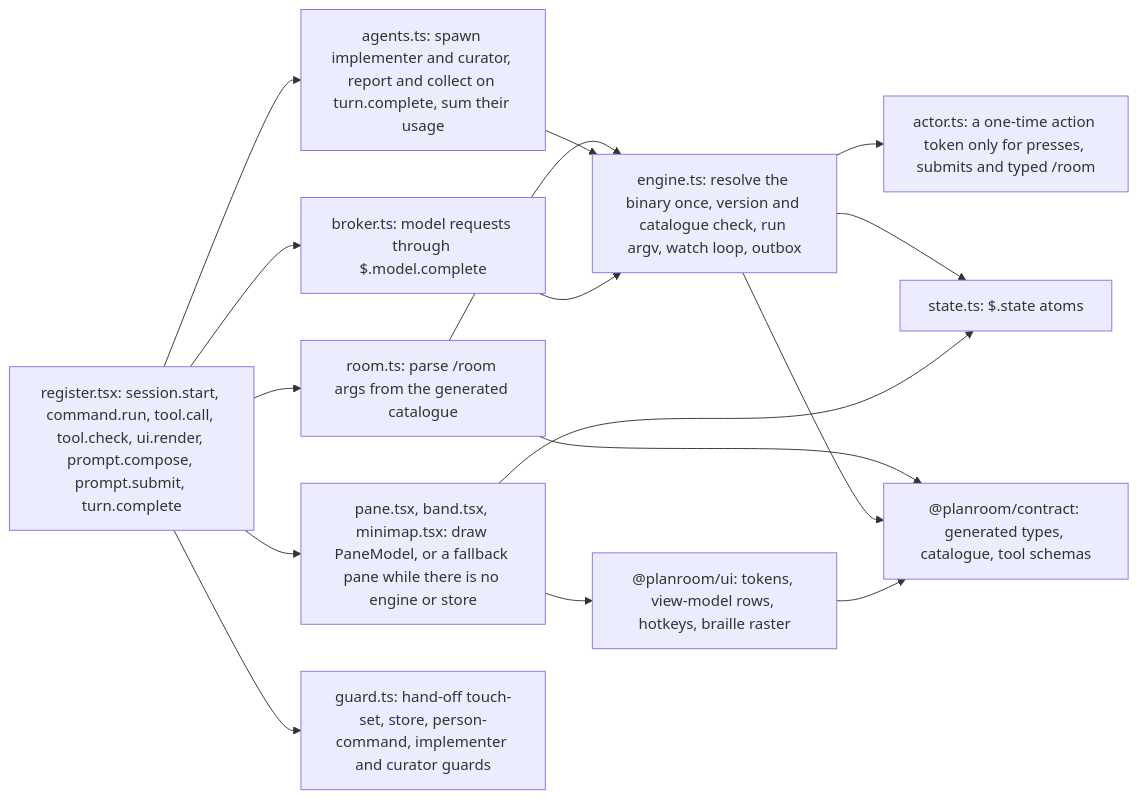
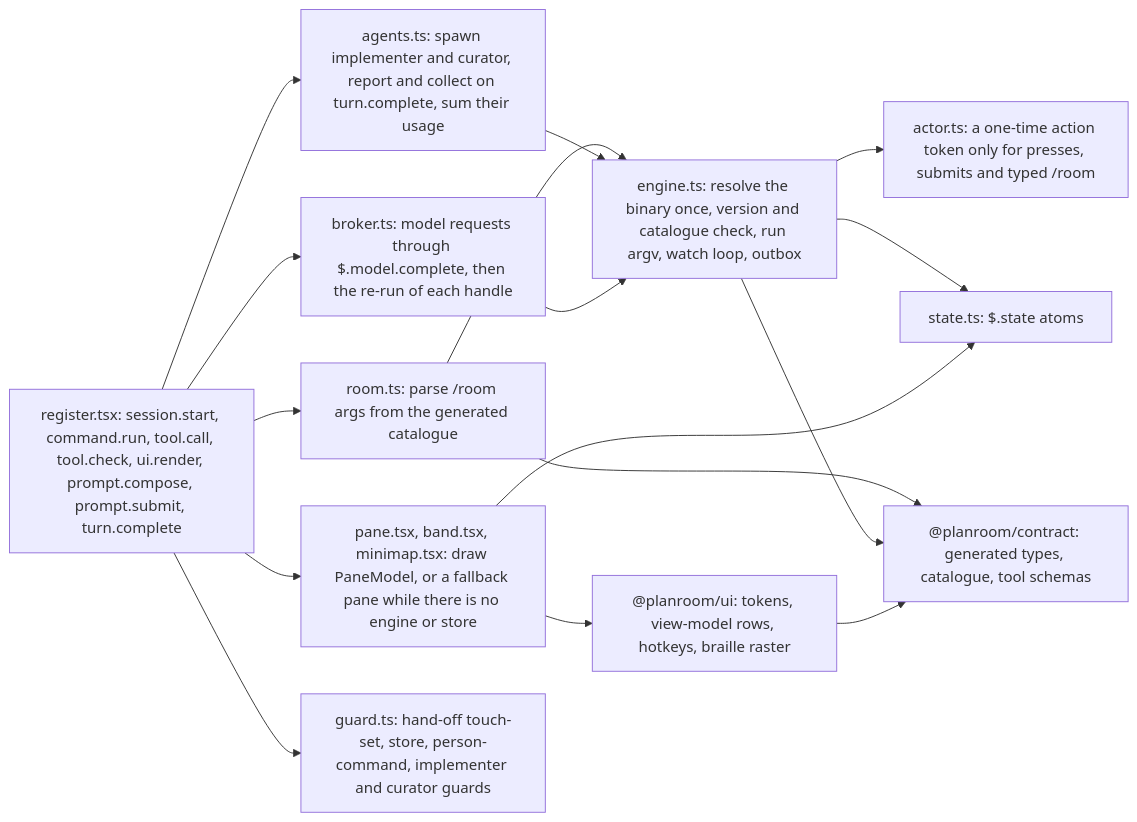
The fourth of 7 diagrams in docs/contributing/architecture.md (doodla/planroom), drawn with Mermaid before and after one commit. The commit also changed other lines of this file and 2 other files, not shown here.

First line of the commit message:
WIP: architecture review round 3 fixes in progress

````diff
--- a/docs/contributing/architecture.md
+++ b/docs/contributing/architecture.md
@@ -206,29 +206,29 @@
 ```mermaid
 flowchart LR
   reg["register.tsx: session.start, command.run, tool.call, tool.check, ui.render, prompt.compose, prompt.submit, turn.complete"]
   eng["engine.ts: resolve the binary once, version and catalogue check, run argv, watch loop, outbox"]
   actor["actor.ts: a one-time action token only for presses, submits and typed /room"]
-  broker["broker.ts: model requests through $.model.complete"]
+  broker["broker.ts: model requests through $.model.complete, then the re-run of each handle"]
   room["room.ts: parse /room args from the generated catalogue"]
   views["pane.tsx, band.tsx, minimap.tsx: draw PaneModel, or a fallback pane while there is no engine or store"]
   agents["agents.ts: spawn implementer and curator, report and collect on turn.complete, sum their usage"]
   guard["guard.ts: hand-off touch-set, store, person-command, implementer and curator guards"]
   state["state.ts: $.state atoms"]
   ui["@planroom/ui: tokens, view-model rows, hotkeys, braille raster"]
   gen["@planroom/contract: generated types, catalogue, tool schemas"]
   reg --> room
   reg --> views
   reg --> agents
   reg --> guard
   reg --> broker
   room --> eng
   agents --> eng
   broker --> eng
   eng --> actor
   eng --> state
   views --> state
   views --> ui
   room --> gen
   eng --> gen
   ui --> gen
 ```
````
